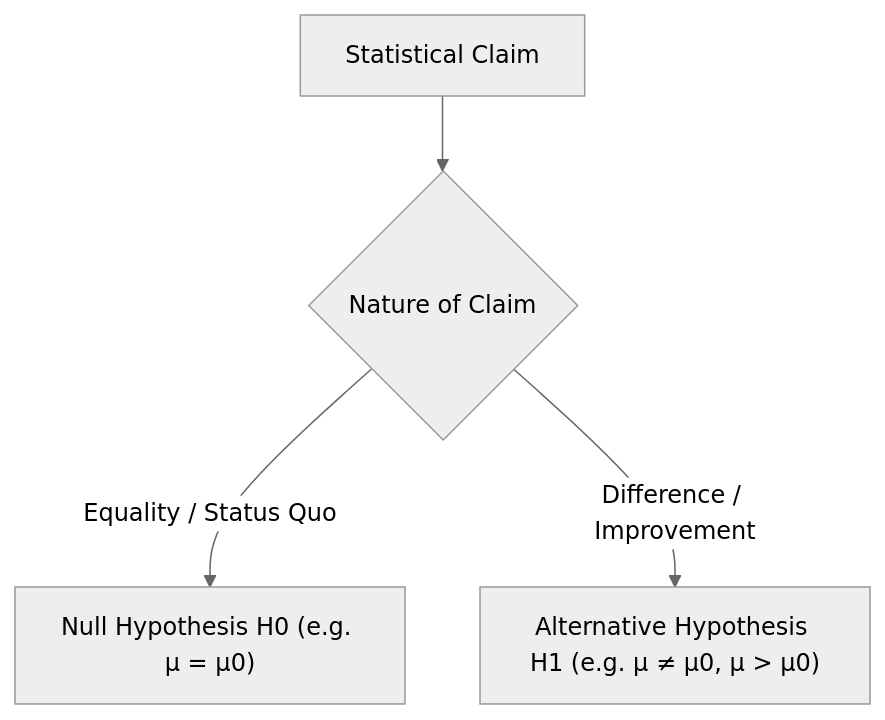
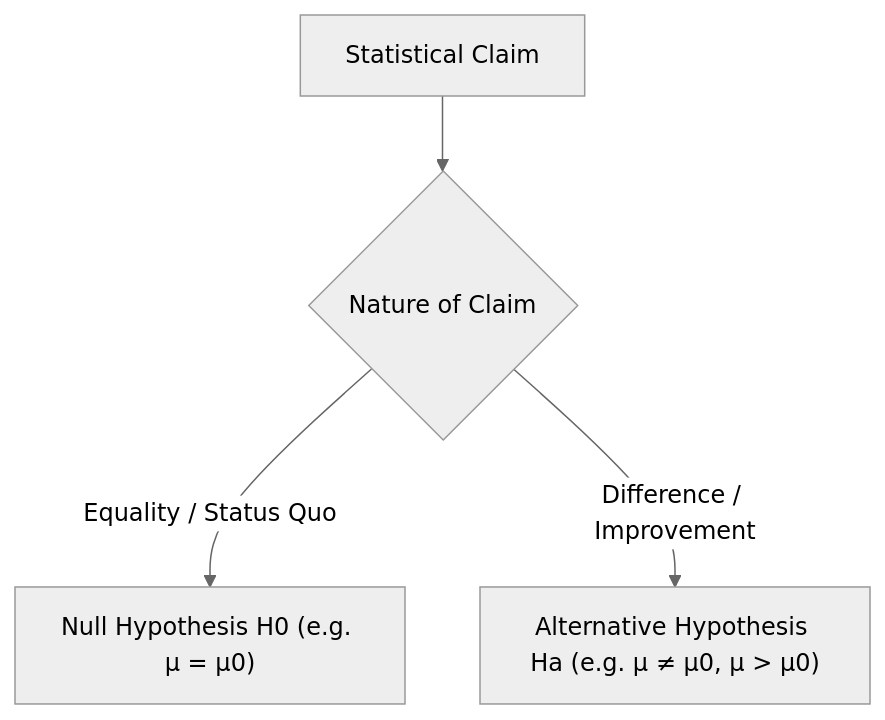
Before and after one commit to vettrivel-kl/vettrivel-kl.github.io: the first of 3 diagrams in docs/Inferential-Statistics/03-estimation-and-hypothesis-testing/02-hypothesis-testing-foundations.mdx, drawn with Mermaid (neutral theme). The commit also changed other lines of this file and 9 other files, not shown here.

````diff
--- a/docs/Inferential-Statistics/03-estimation-and-hypothesis-testing/02-hypothesis-testing-foundations.mdx
+++ b/docs/Inferential-Statistics/03-estimation-and-hypothesis-testing/02-hypothesis-testing-foundations.mdx
@@ -35,6 +35,6 @@
 ```mermaid
 flowchart TD
     A["Statistical Claim"] --> B{"Nature of Claim"}
     B -->|Equality / Status Quo| C["Null Hypothesis H0 (e.g. μ = μ0)"]
-    B -->|Difference / Improvement| D["Alternative Hypothesis H1 (e.g. μ ≠ μ0, μ &gt; μ0)"]
+    B -->|Difference / Improvement| D["Alternative Hypothesis Ha (e.g. μ ≠ μ0, μ &gt; μ0)"]
 ```
````
